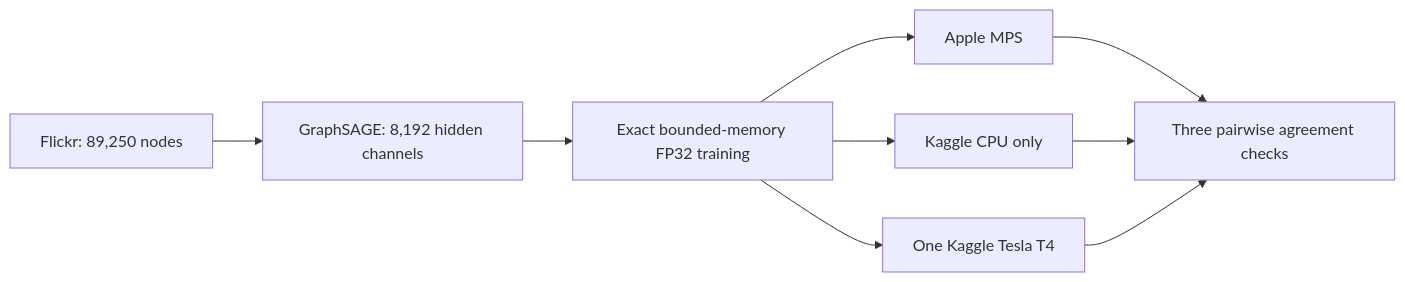
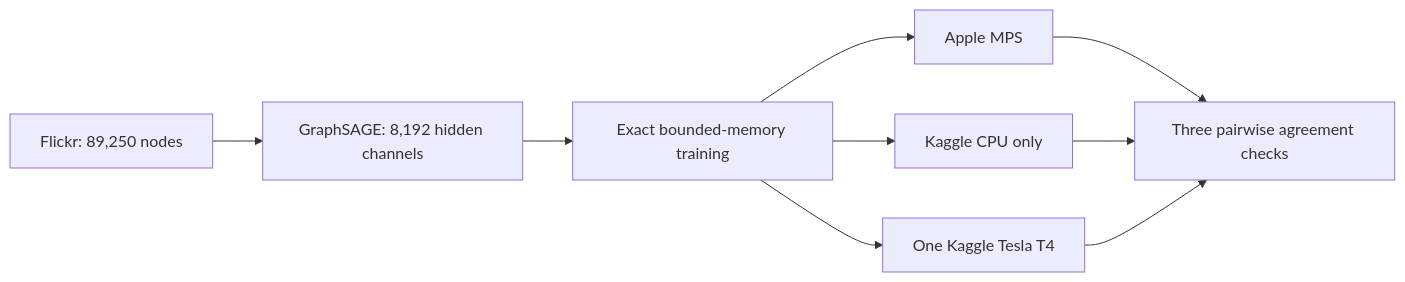
One commit to gh-andirdju/ml changed the diagram in docs/06-validation/flickr-8192-kaggle-benchmark.md. Above: the diagram before and after it, drawn with Mermaid. The commit also changed other lines of this file and 3 other files, not shown here.

````diff
--- a/docs/06-validation/flickr-8192-kaggle-benchmark.md
+++ b/docs/06-validation/flickr-8192-kaggle-benchmark.md
@@ -19,11 +19,11 @@
 ```mermaid
 flowchart LR
     data["Flickr: 89,250 nodes"] --> model["GraphSAGE: 8,192 hidden channels"]
-    model --> bounded["Exact bounded-memory FP32 training"]
+    model --> bounded["Exact bounded-memory training"]
     bounded --> mps["Apple MPS"]
     bounded --> cpu["Kaggle CPU only"]
     bounded --> cuda["One Kaggle Tesla T4"]
     mps --> proof["Three pairwise agreement checks"]
     cpu --> proof
     cuda --> proof
 ```
````
